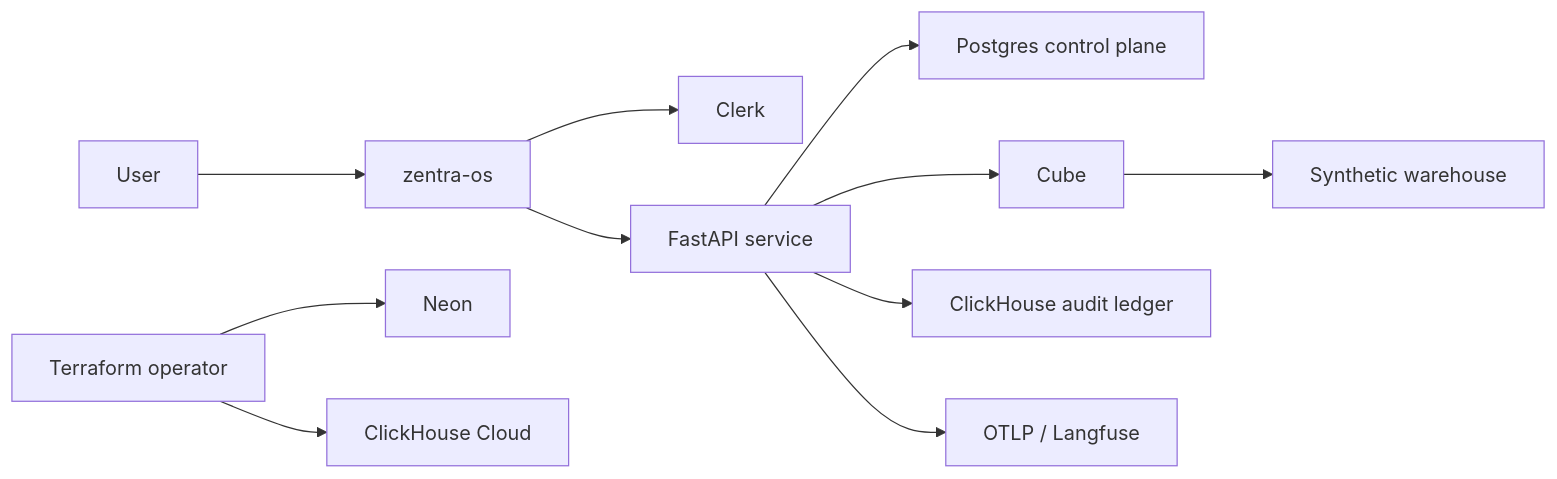
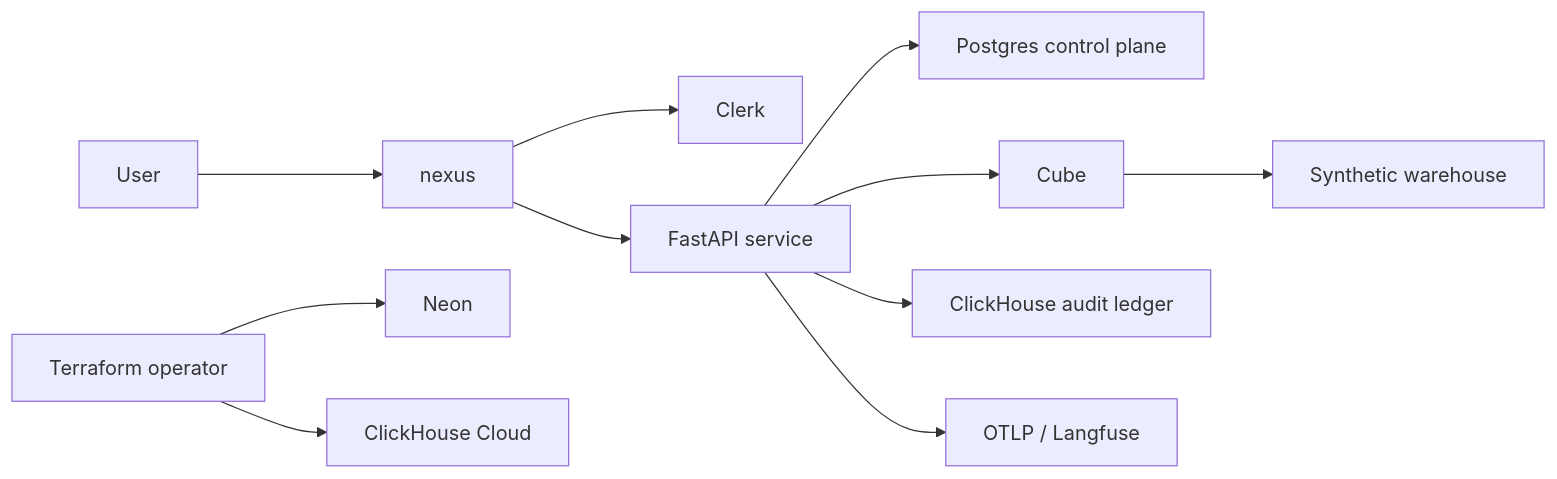
Before and after one commit to zamp-nexus/ui-monorepo: the diagram in docs/02_Architecture/System Context.md, drawn with Mermaid. The commit also changed other lines of this file and 339 other files, not shown here.

Commit message:
chore: rebrand ODDESSY and ZentraOS to Nexus

````diff
--- a/docs/02_Architecture/System Context.md
+++ b/docs/02_Architecture/System Context.md
@@ -22,13 +22,13 @@
 ```mermaid
 flowchart LR
-  U["User"] --> W["zentra-os"]
+  U["User"] --> W["nexus"]
   W --> C["Clerk"]
   W --> A["FastAPI service"]
   A --> P["Postgres control plane"]
   A --> Q["Cube"]
   Q --> WH["Synthetic warehouse"]
   A --> O["ClickHouse audit ledger"]
   A --> T["OTLP / Langfuse"]
   TF["Terraform operator"] --> N["Neon"]
   TF --> CC["ClickHouse Cloud"]
 ```
````
